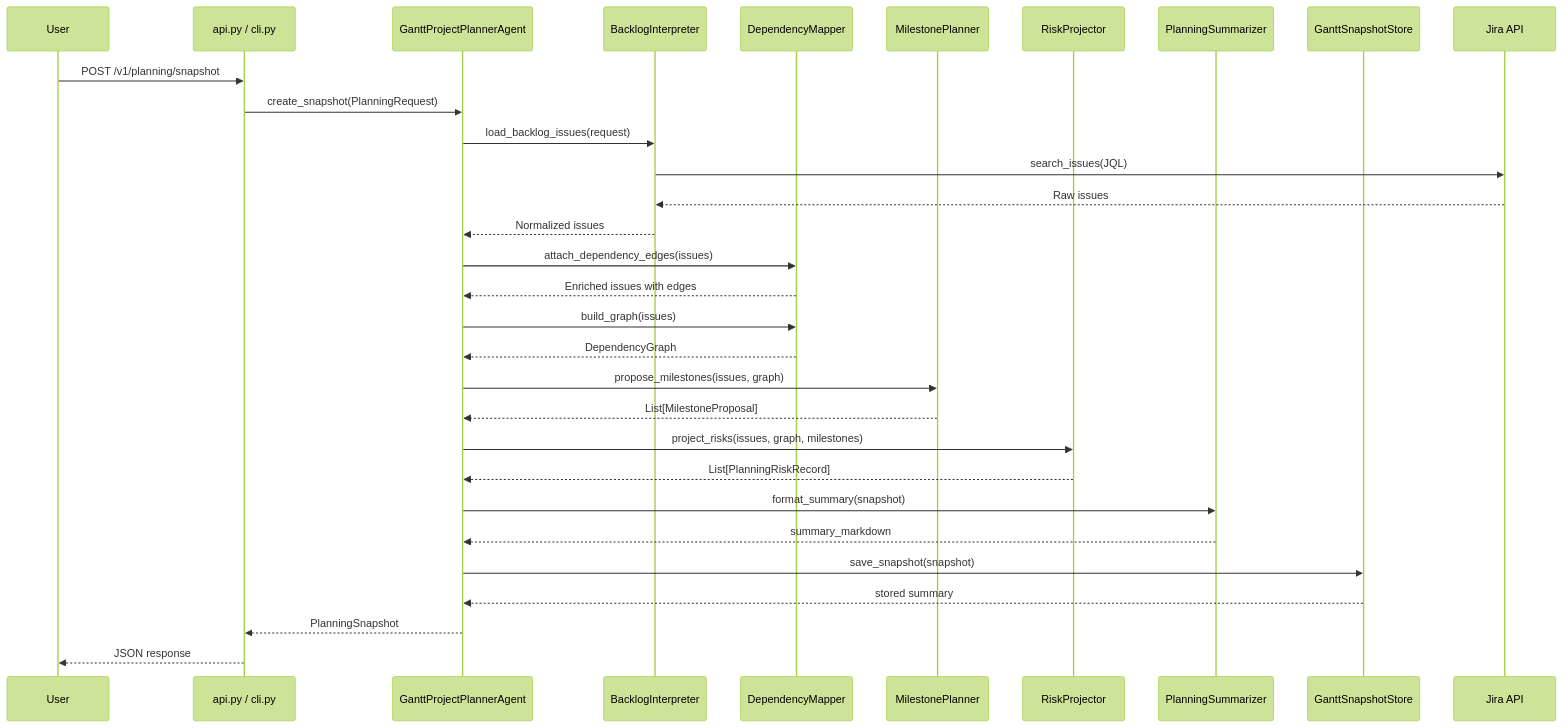
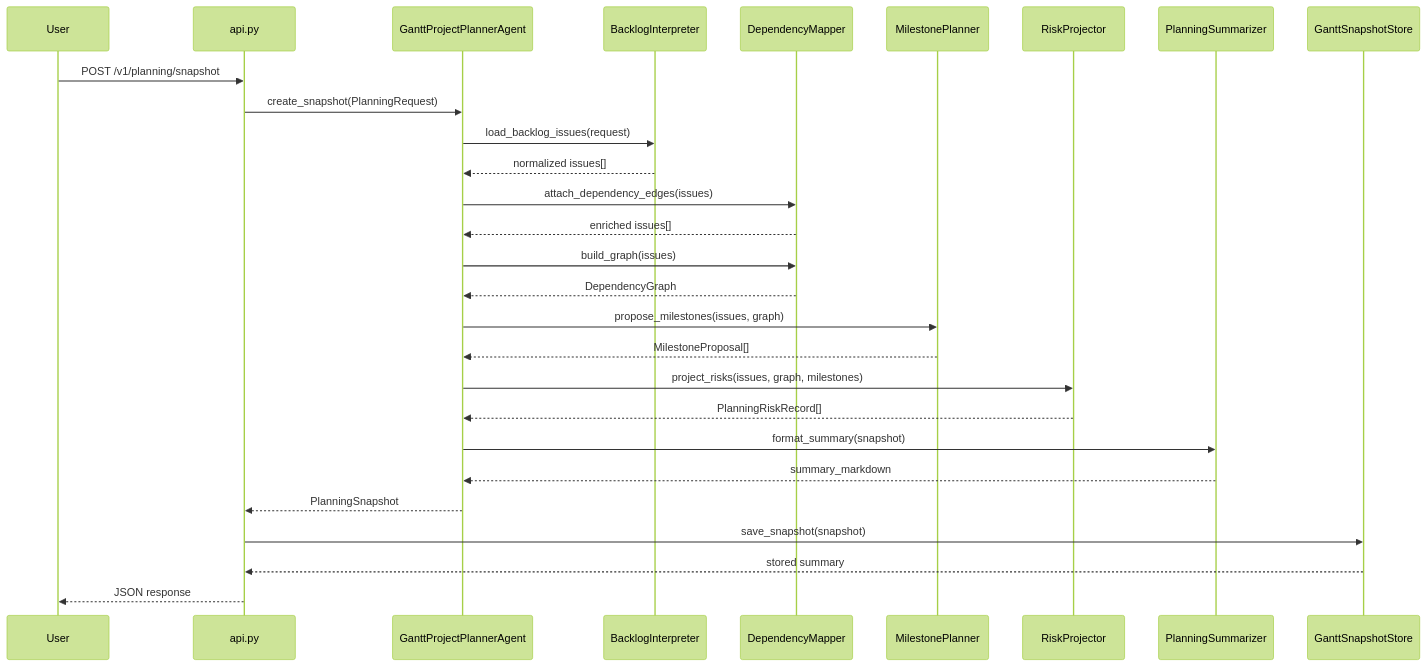
The second of 4 diagrams in docs/agents-gantt.md (jmac-cornelis/agent-workforce), drawn with Mermaid (forest theme) before and after one commit. The commit also changed other lines of this file and 7 other files, not shown here.

````diff
--- a/docs/agents-gantt.md
+++ b/docs/agents-gantt.md
@@ -60,34 +67,31 @@
 ```mermaid
 sequenceDiagram
     participant User
-    participant API as api.py / cli.py
+    participant API as api.py
     participant Agent as GanttProjectPlannerAgent
     participant BI as BacklogInterpreter
     participant DM as DependencyMapper
     participant MP as MilestonePlanner
     participant RP as RiskProjector
     participant PS as PlanningSummarizer
     participant Store as GanttSnapshotStore
-    participant Jira as Jira API
 
     User->>API: POST /v1/planning/snapshot
     API->>Agent: create_snapshot(PlanningRequest)
     Agent->>BI: load_backlog_issues(request)
-    BI->>Jira: search_issues(JQL)
-    Jira-->>BI: Raw issues
-    BI-->>Agent: Normalized issues
+    BI-->>Agent: normalized issues[]
     Agent->>DM: attach_dependency_edges(issues)
-    DM-->>Agent: Enriched issues with edges
+    DM-->>Agent: enriched issues[]
     Agent->>DM: build_graph(issues)
     DM-->>Agent: DependencyGraph
     Agent->>MP: propose_milestones(issues, graph)
-    MP-->>Agent: List[MilestoneProposal]
+    MP-->>Agent: MilestoneProposal[]
     Agent->>RP: project_risks(issues, graph, milestones)
-    RP-->>Agent: List[PlanningRiskRecord]
+    RP-->>Agent: PlanningRiskRecord[]
     Agent->>PS: format_summary(snapshot)
     PS-->>Agent: summary_markdown
-    Agent->>Store: save_snapshot(snapshot)
-    Store-->>Agent: stored summary
     Agent-->>API: PlanningSnapshot
+    API->>Store: save_snapshot(snapshot)
+    Store-->>API: stored summary
     API-->>User: JSON response
 ```
````
